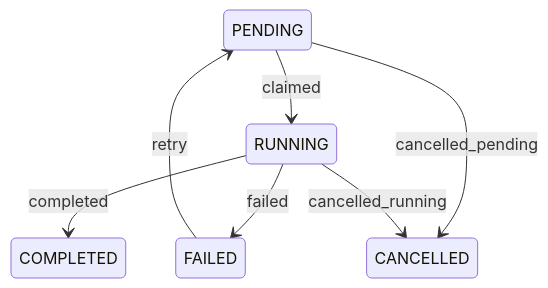
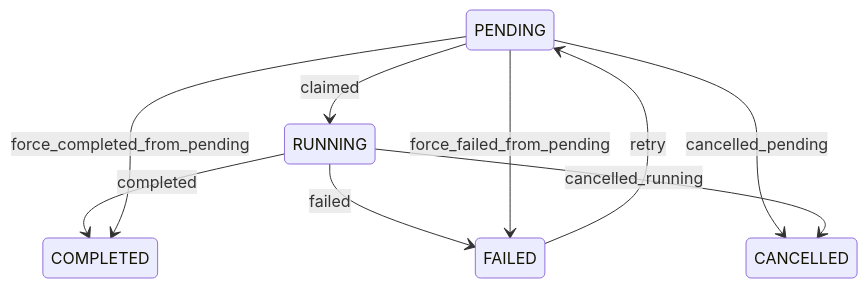
One commit to esraderey/Honeycomb-Optimized-Computing changed the third of 5 diagrams in docs/state-machines.md. Above: the diagram before and after it, drawn with Mermaid. The commit also changed 3 other files, not shown here.

````diff
--- a/docs/state-machines.md
+++ b/docs/state-machines.md
@@ -98,9 +98,11 @@
 ```mermaid
 stateDiagram-v2
     PENDING --> RUNNING : claimed
     RUNNING --> COMPLETED : completed
     RUNNING --> FAILED : failed
     FAILED --> PENDING : retry
     PENDING --> CANCELLED : cancelled_pending
     RUNNING --> CANCELLED : cancelled_running
+    PENDING --> COMPLETED : force_completed_from_pending
+    PENDING --> FAILED : force_failed_from_pending
 ```
````
